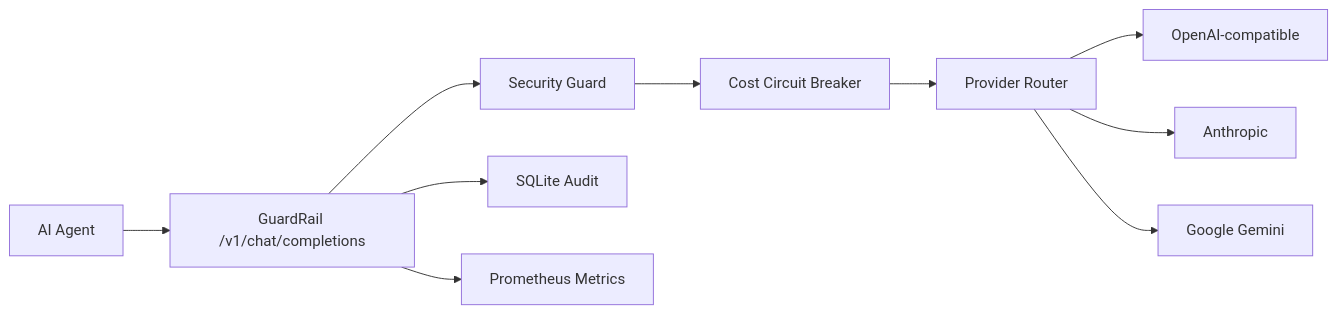
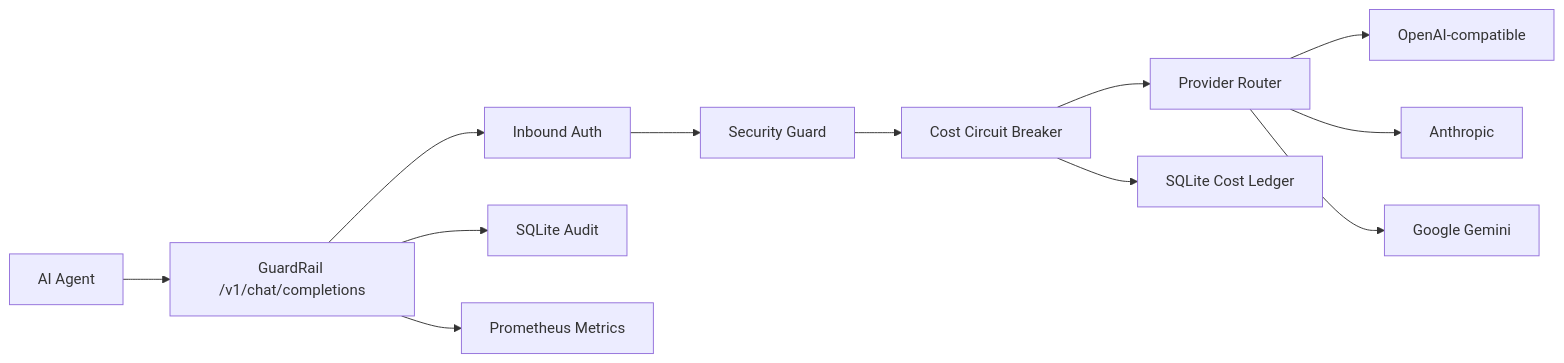
Before and after one commit to wjbbeyond/guardrail: the diagram in docs/architecture.md, drawn with Mermaid. The commit also changed other lines of this file and 20 other files, not shown here.

````diff
--- a/docs/architecture.md
+++ b/docs/architecture.md
@@ -5,12 +5,14 @@
 ```mermaid
 flowchart LR
   A["AI Agent"] --> B["GuardRail /v1/chat/completions"]
-  B --> C["Security Guard"]
-  C --> D["Cost Circuit Breaker"]
-  D --> E["Provider Router"]
-  E --> F["OpenAI-compatible"]
-  E --> G["Anthropic"]
-  E --> H["Google Gemini"]
-  B --> I["SQLite Audit"]
-  B --> J["Prometheus Metrics"]
+  B --> C["Inbound Auth"]
+  C --> D["Security Guard"]
+  D --> E["Cost Circuit Breaker"]
+  E --> F["Provider Router"]
+  E --> K["SQLite Cost Ledger"]
+  F --> G["OpenAI-compatible"]
+  F --> H["Anthropic"]
+  F --> I["Google Gemini"]
+  B --> J["SQLite Audit"]
+  B --> L["Prometheus Metrics"]
 ```
````
